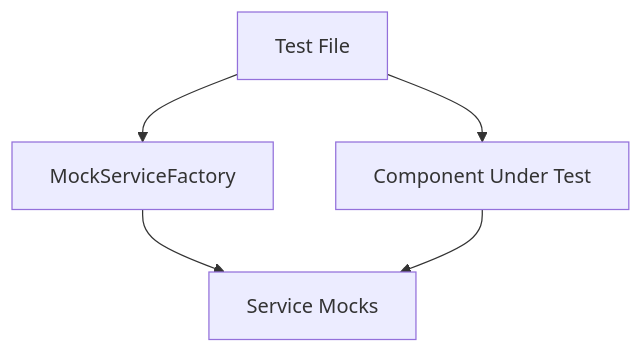
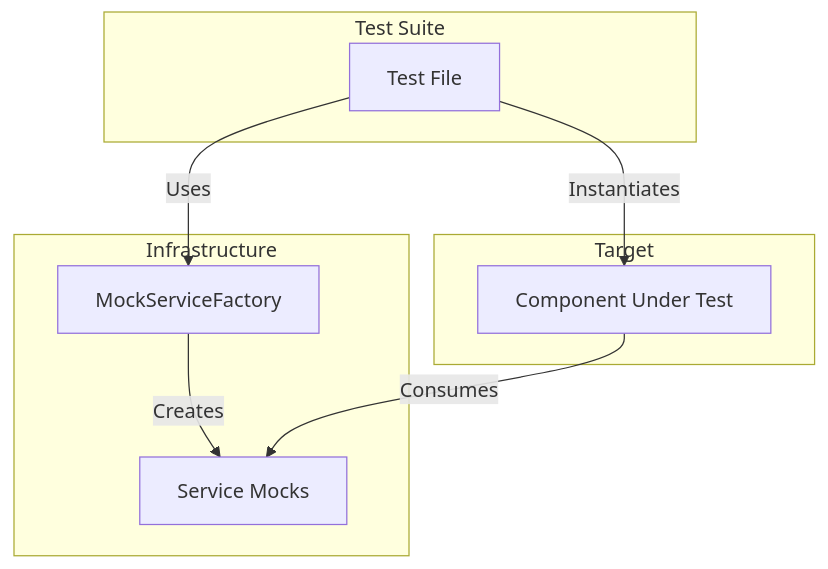
One commit to H1410101/raw_output changed the diagram in src/components/__tests__/_docs.md. Above: the diagram before and after it, drawn with Mermaid. The commit also changed other lines of this file and 8 other files, not shown here.

````diff
--- a/src/components/__tests__/_docs.md
+++ b/src/components/__tests__/_docs.md
@@ -16,7 +5,20 @@
 ```mermaid
 graph TD
-    Test[Test File] --> Factory[MockServiceFactory]
-    Test --> Target[Component Under Test]
-    Factory --> Mocks[Service Mocks]
-    Target --> Mocks
+    subgraph "Test Suite"
+        Test[Test File]
+    end
+
+    subgraph "Infrastructure"
+        Factory[MockServiceFactory]
+        Mocks[Service Mocks]
+    end
+
+    subgraph "Target"
+        CUT[Component Under Test]
+    end
+
+    Test -->|Uses| Factory
+    Test -->|Instantiates| CUT
+    Factory -->|Creates| Mocks
+    CUT -->|Consumes| Mocks
 ```
````
